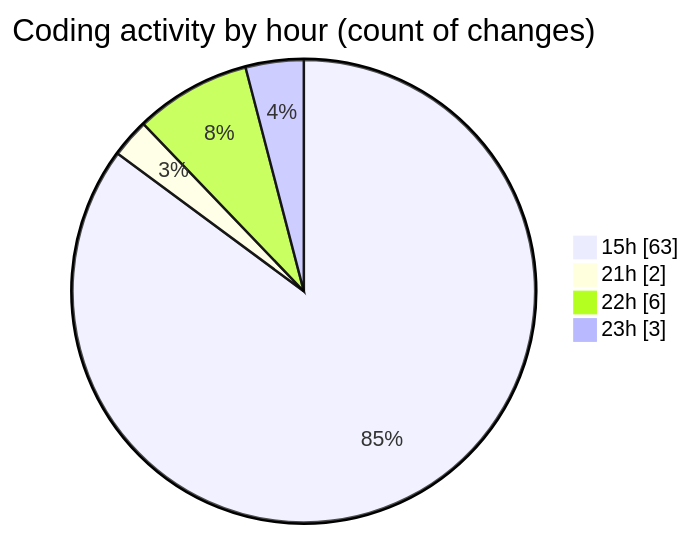
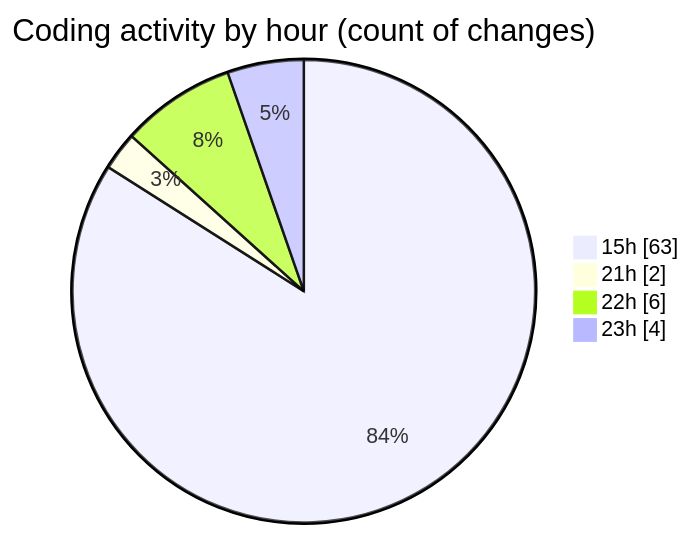
One commit to lephambinh05/code-tracking changed the second of 2 diagrams in 2025-07-13/rentotp/README.md. Above: the diagram before and after it, drawn with Mermaid. The commit also changed other lines of this file and 1 other file, not shown here.

````diff
--- a/2025-07-13/rentotp/README.md
+++ b/2025-07-13/rentotp/README.md
@@ -58,8 +58,8 @@
 ```mermaid
 pie showData
 title Coding activity by hour (count of changes)
 "15h" : 63
 "21h" : 2
 "22h" : 6
-"23h" : 3
+"23h" : 4
 ```
````
